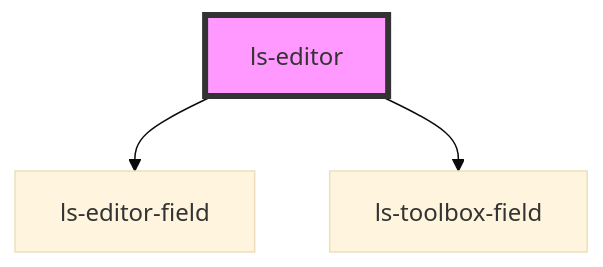
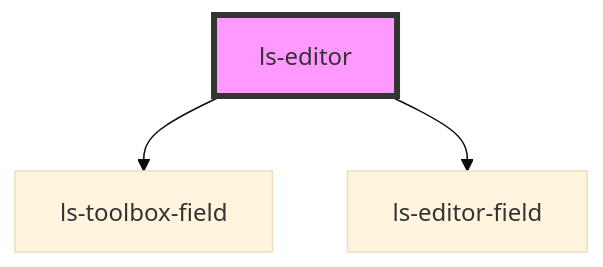
The diagram in src/components/ls-editor/readme.md (legalesign/ls-document-viewer), drawn with Mermaid (base theme) before and after one commit. The commit also changed other lines of this file and 66 other files, not shown here.

````diff
--- a/src/components/ls-editor/readme.md
+++ b/src/components/ls-editor/readme.md
@@ -79,6 +80,6 @@
 ```mermaid
 graph TD;
+  ls-editor --> ls-toolbox-field
   ls-editor --> ls-editor-field
-  ls-editor --> ls-toolbox-field
   style ls-editor fill:#f9f,stroke:#333,stroke-width:4px
 ```
````
